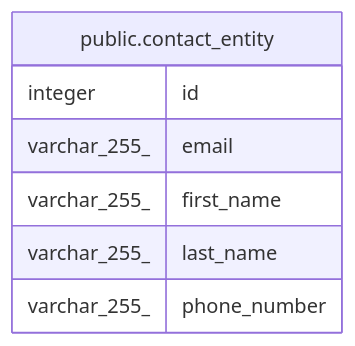
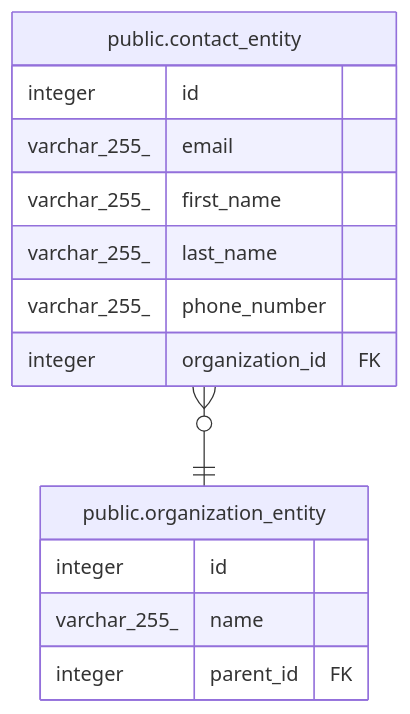
Before and after one commit to gpo/grassroots: the diagram in doc/schema/public.contact_entity.md, drawn with Mermaid. The commit also changed other lines of this file and 5 other files, not shown here.

````diff
--- a/doc/schema/public.contact_entity.md
+++ b/doc/schema/public.contact_entity.md
@@ -31,12 +33,19 @@
 ```mermaid
 erDiagram
 
+"public.contact_entity" }o--|| "public.organization_entity" : ""
 
 "public.contact_entity" {
   integer id
   varchar_255_ email
   varchar_255_ first_name
   varchar_255_ last_name
   varchar_255_ phone_number
+  integer organization_id FK
+}
+"public.organization_entity" {
+  integer id
+  varchar_255_ name
+  integer parent_id FK
 }
 ```
````
